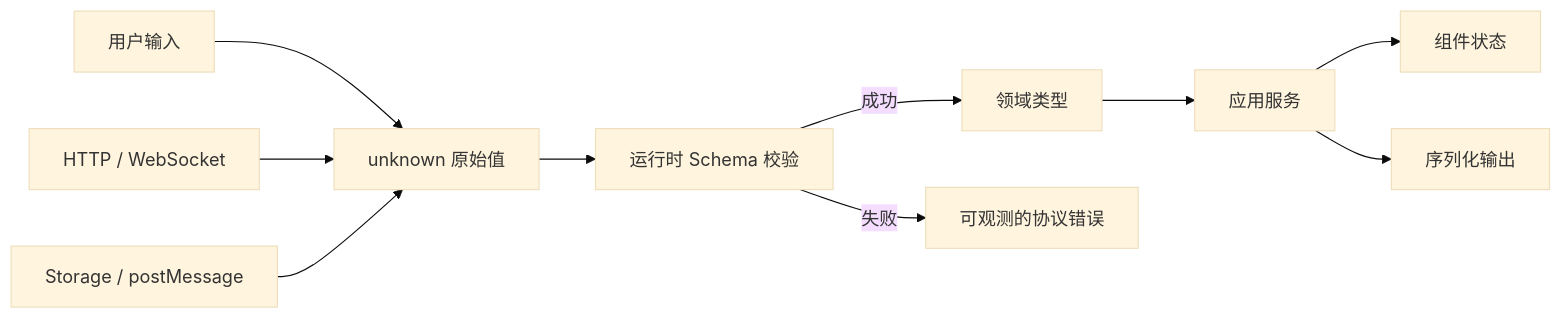
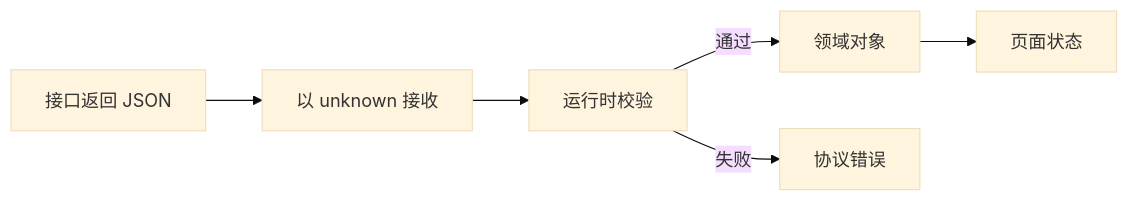
One commit to upJiang/jiang-blog-vitepress changed the diagram in docs/frontend/typescript-engineering.md. Above: the diagram before and after it, drawn with Mermaid (base theme). The commit also changed other lines of this file and 164 other files, not shown here.

````diff
--- a/docs/frontend/typescript-engineering.md
+++ b/docs/frontend/typescript-engineering.md
@@ -25,12 +32,8 @@
 ```mermaid
 flowchart LR
-  U[用户输入] --> R[unknown 原始值]
-  N[HTTP / WebSocket] --> R
-  S[Storage / postMessage] --> R
-  R --> V[运行时 Schema 校验]
-  V -->|成功| D[领域类型]
-  V -->|失败| E[可观测的协议错误]
-  D --> A[应用服务]
-  A --> UI[组件状态]
-  A --> O[序列化输出]
+  A[接口返回 JSON] --> B[以 unknown 接收]
+  B --> C[运行时校验]
+  C -->|通过| D[领域对象]
+  C -->|失败| E[协议错误]
+  D --> F[页面状态]
 ```
````
